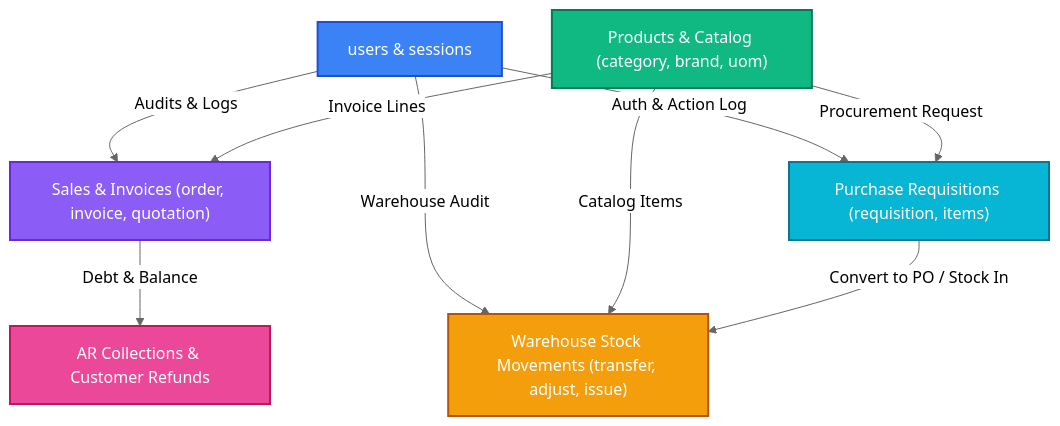
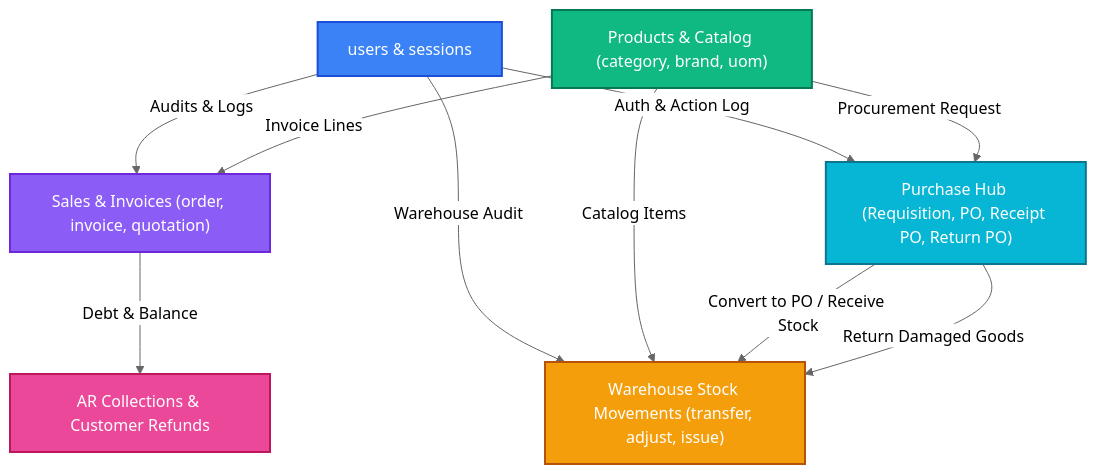
One commit to sokheng429-wq/B-Frontend changed the diagram in README_DATABASE.md. Above: the diagram before and after it, drawn with Mermaid (neutral theme). The commit also changed other lines of this file and 14 other files, not shown here.

Commit message:
update from Purchase Management Hub to cash Book

````diff
--- a/README_DATABASE.md
+++ b/README_DATABASE.md
@@ -68,27 +68,28 @@
 ```mermaid
 graph TD
     classDef auth fill:#3b82f6,stroke:#1d4ed8,stroke-width:2px,color:#fff;
     classDef catalog fill:#10b981,stroke:#047857,stroke-width:2px,color:#fff;
     classDef inv fill:#f59e0b,stroke:#b45309,stroke-width:2px,color:#fff;
     classDef sale fill:#8b5cf6,stroke:#6d28d9,stroke-width:2px,color:#fff;
     classDef ar fill:#ec4899,stroke:#be185d,stroke-width:2px,color:#fff;
     classDef purch fill:#06b6d4,stroke:#0e7490,stroke-width:2px,color:#fff;
 
     Users["users & sessions"]:::auth
     Catalog["Products & Catalog (category, brand, uom)"]:::catalog
     Stock["Warehouse Stock Movements (transfer, adjust, issue)"]:::inv
     Sales["Sales & Invoices (order, invoice, quotation)"]:::sale
     AR["AR Collections & Customer Refunds"]:::ar
-    Purch["Purchase Requisitions (requisition, items)"]:::purch
+    Purch["Purchase Hub (Requisition, PO, Receipt PO, Return PO)"]:::purch
 
     Users -->|Audits & Logs| Sales
     Users -->|Auth & Action Log| Purch
     Users -->|Warehouse Audit| Stock
 
     Catalog -->|Catalog Items| Stock
     Catalog -->|Invoice Lines| Sales
     Catalog -->|Procurement Request| Purch
 
     Sales -->|Debt & Balance| AR
-    Purch -->|Convert to PO / Stock In| Stock
+    Purch -->|Convert to PO / Receive Stock| Stock
+    Purch -->|Return Damaged Goods| Stock
 ```
````
